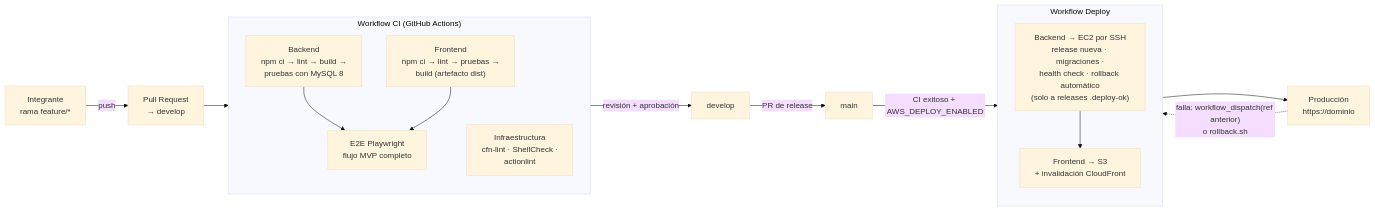
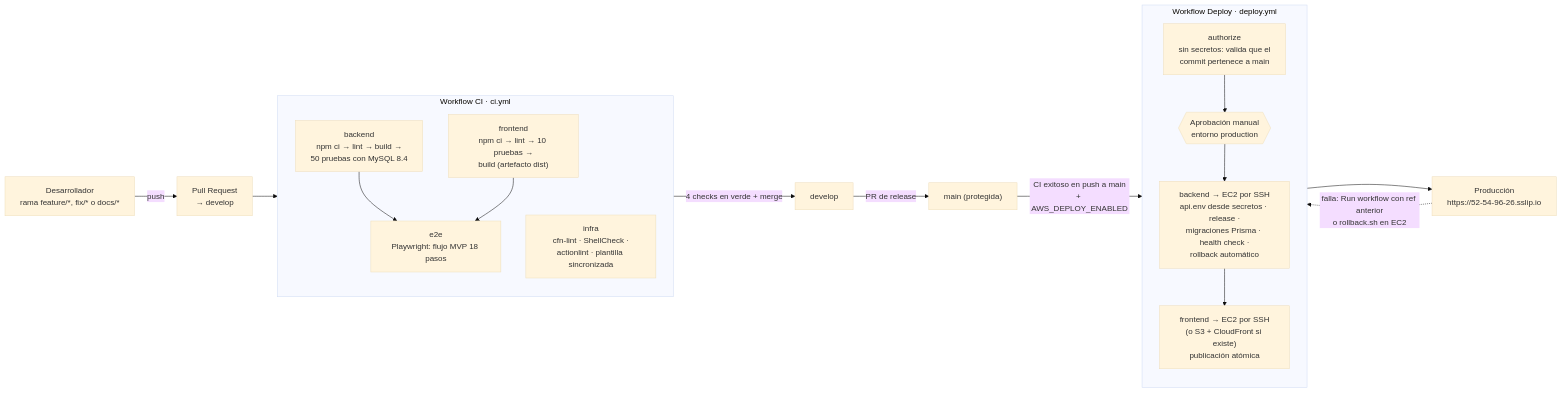
The diagram in docs/diagramas/05-pipeline-cicd.mmd (dylanfuentes0330/agenda-facil), drawn with Mermaid (base theme) before and after one commit. The commit also changed 39 other files, not shown here.

```diff
--- a/docs/diagramas/05-pipeline-cicd.mmd
+++ b/docs/diagramas/05-pipeline-cicd.mmd
@@ -1,23 +1,25 @@
 flowchart LR
-  Dev["Integrante<br/>rama feature/*"] -->|push| PR["Pull Request<br/>→ develop"]
+  Dev["Desarrollador<br/>rama feature/*, fix/* o docs/*"] -->|push| PR["Pull Request<br/>→ develop"]
   PR --> CI
-  subgraph CI["Workflow CI (GitHub Actions)"]
+  subgraph CI["Workflow CI · ci.yml"]
     direction TB
-    B["Backend<br/>npm ci → lint → build →<br/>pruebas con MySQL 8"]
-    F["Frontend<br/>npm ci → lint → pruebas →<br/>build (artefacto dist)"]
-    I["Infraestructura<br/>cfn-lint · ShellCheck ·<br/>actionlint"]
-    E["E2E Playwright<br/>flujo MVP completo"]
+    B["backend<br/>npm ci → lint → build →<br/>50 pruebas con MySQL 8.4"]
+    F["frontend<br/>npm ci → lint → 10 pruebas →<br/>build (artefacto dist)"]
+    I["infra<br/>cfn-lint · ShellCheck ·<br/>actionlint · plantilla sincronizada"]
+    E["e2e<br/>Playwright: flujo MVP 18 pasos"]
     B --> E
     F --> E
   end
-  CI -->|"revisión + aprobación"| Dv["develop"]
-  Dv -->|"PR de release"| M["main"]
-  M -->|"CI exitoso + AWS_DEPLOY_ENABLED"| D
-  subgraph D["Workflow Deploy"]
+  CI -->|"4 checks en verde + merge"| Dv["develop"]
+  Dv -->|"PR de release"| M["main (protegida)"]
+  M -->|"CI exitoso en push a main<br/>+ AWS_DEPLOY_ENABLED"| D
+  subgraph D["Workflow Deploy · deploy.yml"]
     direction TB
-    D1["Backend → EC2 por SSH<br/>release nueva · migraciones ·<br/>health check · rollback automático<br/>(solo a releases .deploy-ok)"]
-    D2["Frontend → S3<br/>+ invalidación CloudFront"]
-    D1 --> D2
+    A["authorize<br/>sin secretos: valida que el<br/>commit pertenece a main"]
+    AP{{"Aprobación manual<br/>entorno production"}}
+    D1["backend → EC2 por SSH<br/>api.env desde secretos · release ·<br/>migraciones Prisma · health check ·<br/>rollback automático"]
+    D2["frontend → EC2 por SSH<br/>(o S3 + CloudFront si existe)<br/>publicación atómica"]
+    A --> AP --> D1 --> D2
   end
-  D --> P["Producción<br/>https://dominio"]
-  P -.->|"falla: workflow_dispatch(ref anterior)<br/>o rollback.sh"| D
+  D --> P["Producción<br/>https://52-54-96-26.sslip.io"]
+  P -.->|"falla: Run workflow con ref anterior<br/>o rollback.sh en EC2"| D
```
